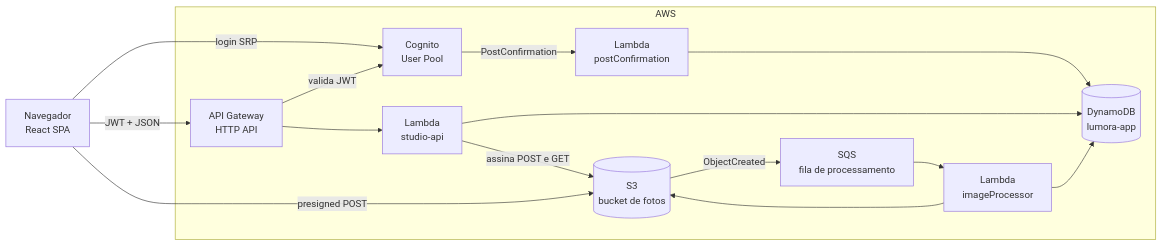
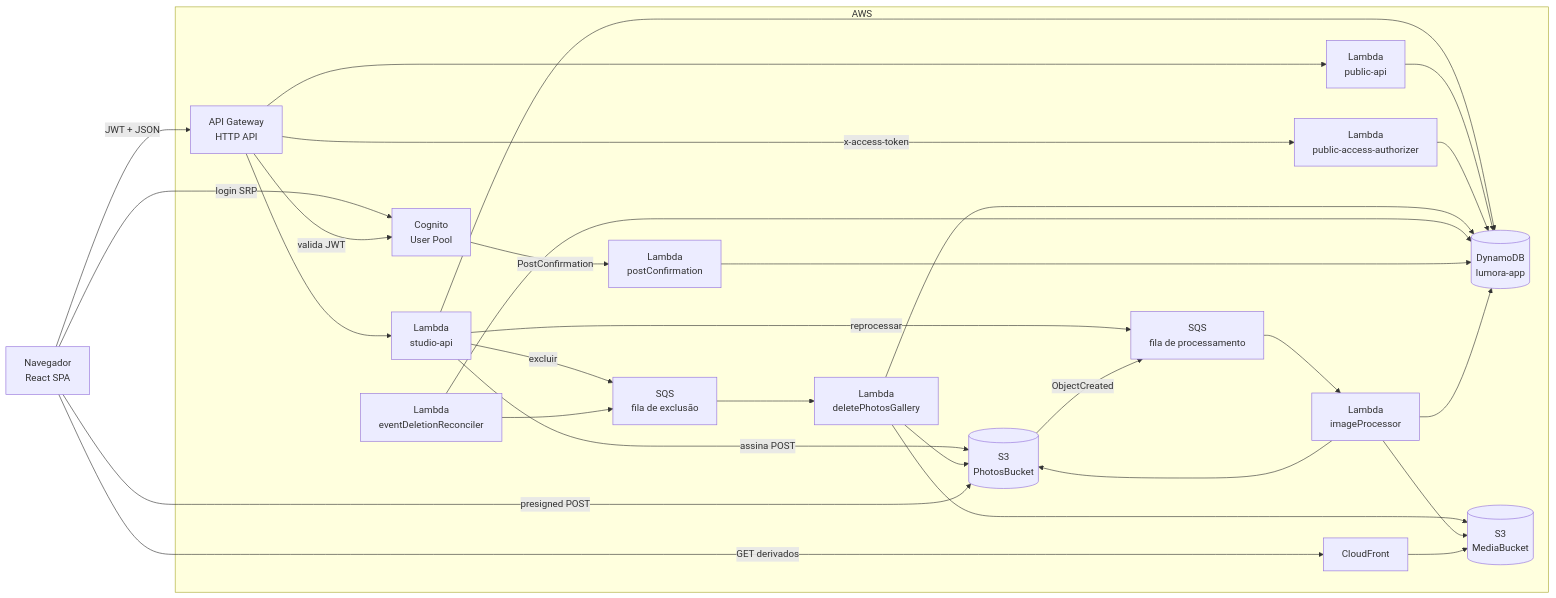
The first of 4 diagrams in developers/architecture/overview.mdx (andreselva/lumora-docs), drawn with Mermaid before and after one commit. The commit also changed other lines of this file and 45 other files, not shown here.

````diff
--- a/developers/architecture/overview.mdx
+++ b/developers/architecture/overview.mdx
@@ -15,29 +17,51 @@
 ```mermaid
 flowchart LR
   B[Navegador<br/>React SPA]
 
   subgraph AWS
     C[Cognito<br/>User Pool]
     G[API Gateway<br/>HTTP API]
     A[Lambda<br/>studio-api]
+    PA[Lambda<br/>public-api]
+    Z[Lambda<br/>public-access-authorizer]
     P[Lambda<br/>postConfirmation]
     D[(DynamoDB<br/>lumora-app)]
-    S[(S3<br/>bucket de fotos)]
+    S[(S3<br/>PhotosBucket)]
+    M[(S3<br/>MediaBucket)]
+    CF[CloudFront]
     Q[SQS<br/>fila de processamento]
     I[Lambda<br/>imageProcessor]
+    X[SQS<br/>fila de exclusão]
+    W[Lambda<br/>deletePhotosGallery]
+    R[Lambda<br/>eventDeletionReconciler]
   end
 
   B -- login SRP --> C
   B -- JWT + JSON --> G
   G -- valida JWT --> C
   G --> A
+  G -- x-access-token --> Z
+  G --> PA
   A --> D
-  A -- assina POST e GET --> S
+  PA --> D
+  Z --> D
+  A -- assina POST --> S
+  A -- reprocessar --> Q
+  A -- excluir --> X
+  X --> W
+  W --> S
+  W --> M
+  W --> D
+  R --> D
+  R --> X
   C -- PostConfirmation --> P
   P --> D
   B -- presigned POST --> S
   S -- ObjectCreated --> Q
   Q --> I
   I --> S
+  I --> M
   I --> D
+  B -- GET derivados --> CF
+  CF --> M
 ```
````
